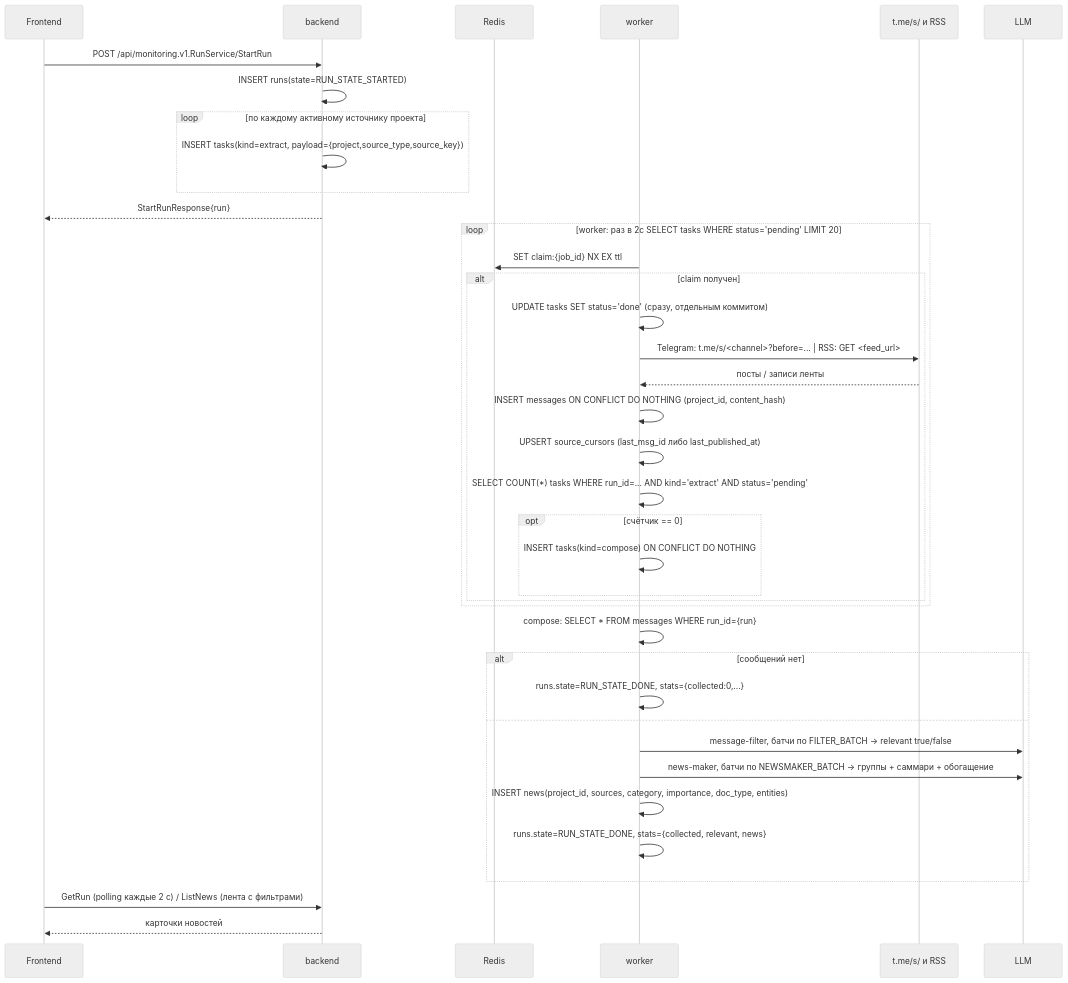
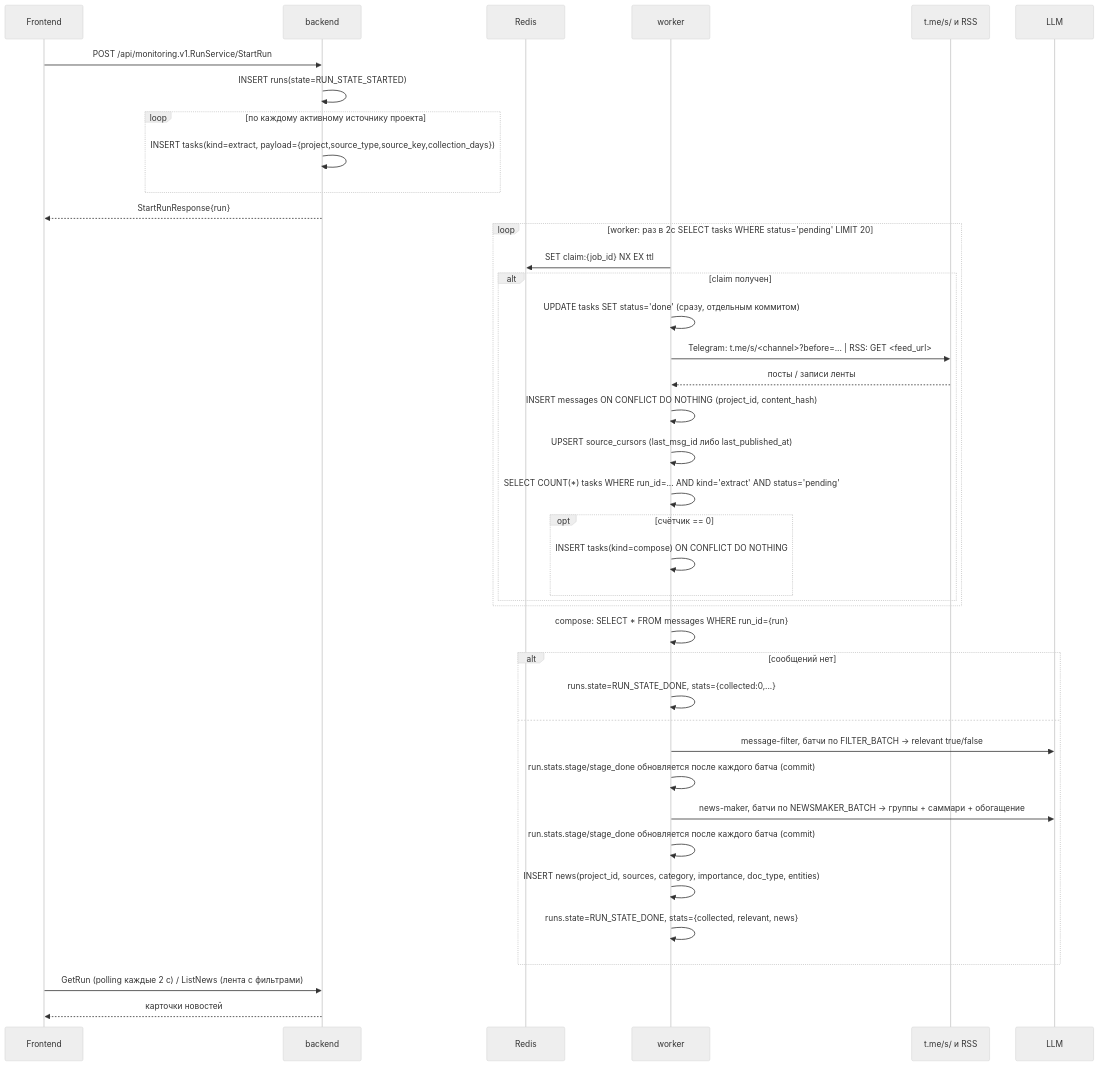
One commit to larisa-team/ai_product_hack changed the third of 3 diagrams in docs/SYSTEM_DESIGN.md. Above: the diagram before and after it, drawn with Mermaid (neutral theme). The commit also changed other lines of this file and 25 other files, not shown here.

````diff
--- a/docs/SYSTEM_DESIGN.md
+++ b/docs/SYSTEM_DESIGN.md
@@ -222,44 +223,46 @@
 ```mermaid
 sequenceDiagram
     participant FE as Frontend
     participant BE as backend
     participant RD as Redis
     participant W as worker
     participant SRC as t.me/s/ и RSS
     participant LLM as LLM
 
     FE->>BE: POST /api/monitoring.v1.RunService/StartRun
     BE->>BE: INSERT runs(state=RUN_STATE_STARTED)
     loop по каждому активному источнику проекта
-        BE->>BE: INSERT tasks(kind=extract, payload={project,source_type,source_key})
+        BE->>BE: INSERT tasks(kind=extract, payload={project,source_type,source_key,collection_days})
     end
     BE-->>FE: StartRunResponse{run}
 
     loop worker: раз в 2с SELECT tasks WHERE status='pending' LIMIT 20
         W->>RD: SET claim:{job_id} NX EX ttl
         alt claim получен
             W->>W: UPDATE tasks SET status='done' (сразу, отдельным коммитом)
             W->>SRC: Telegram: t.me/s/<channel>?before=... | RSS: GET <feed_url>
             SRC-->>W: посты / записи ленты
             W->>W: INSERT messages ON CONFLICT DO NOTHING (project_id, content_hash)
             W->>W: UPSERT source_cursors (last_msg_id либо last_published_at)
             W->>W: SELECT COUNT(*) tasks WHERE run_id=... AND kind='extract' AND status='pending'
             opt счётчик == 0
                 W->>W: INSERT tasks(kind=compose) ON CONFLICT DO NOTHING
             end
         end
     end
 
     W->>W: compose: SELECT * FROM messages WHERE run_id={run}
     alt сообщений нет
         W->>W: runs.state=RUN_STATE_DONE, stats={collected:0,...}
     else
         W->>LLM: message-filter, батчи по FILTER_BATCH -> relevant true/false
+        W->>W: run.stats.stage/stage_done обновляется после каждого батча (commit)
         W->>LLM: news-maker, батчи по NEWSMAKER_BATCH -> группы + саммари + обогащение
+        W->>W: run.stats.stage/stage_done обновляется после каждого батча (commit)
         W->>W: INSERT news(project_id, sources, category, importance, doc_type, entities)
         W->>W: runs.state=RUN_STATE_DONE, stats={collected, relevant, news}
     end
 
     FE->>BE: GetRun (polling каждые 2 c) / ListNews (лента с фильтрами)
     BE-->>FE: карточки новостей
 ```
````
